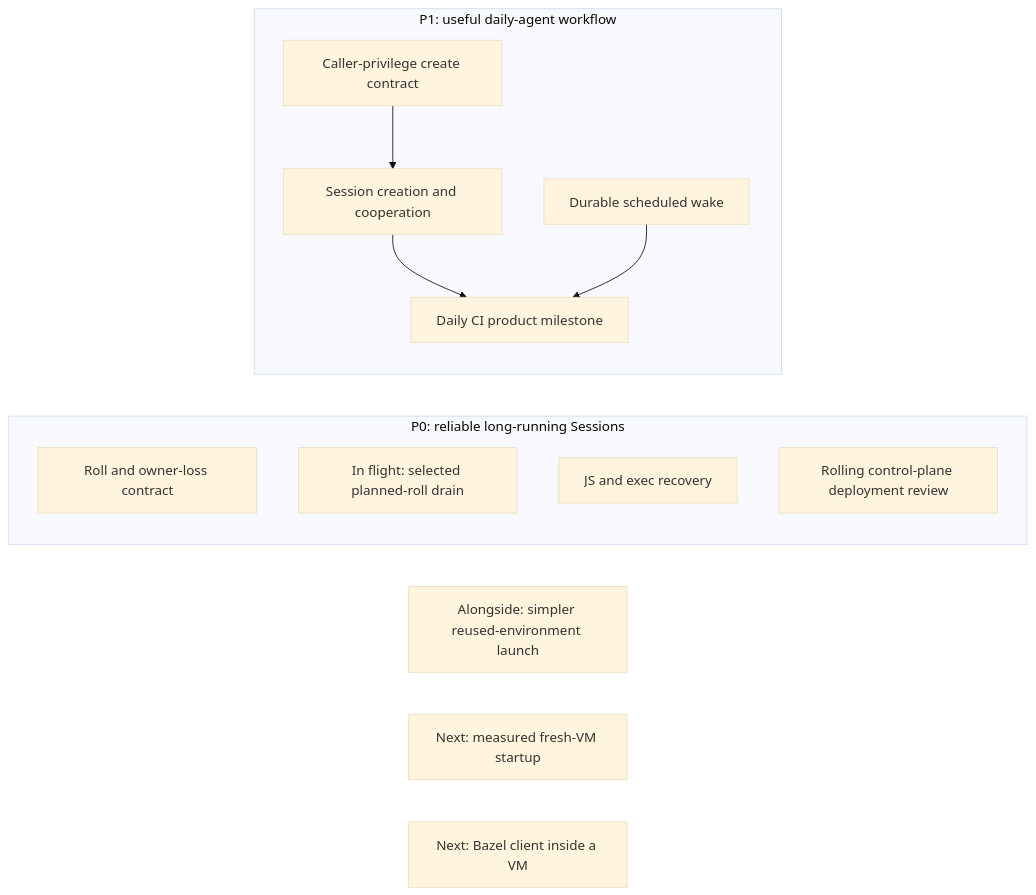
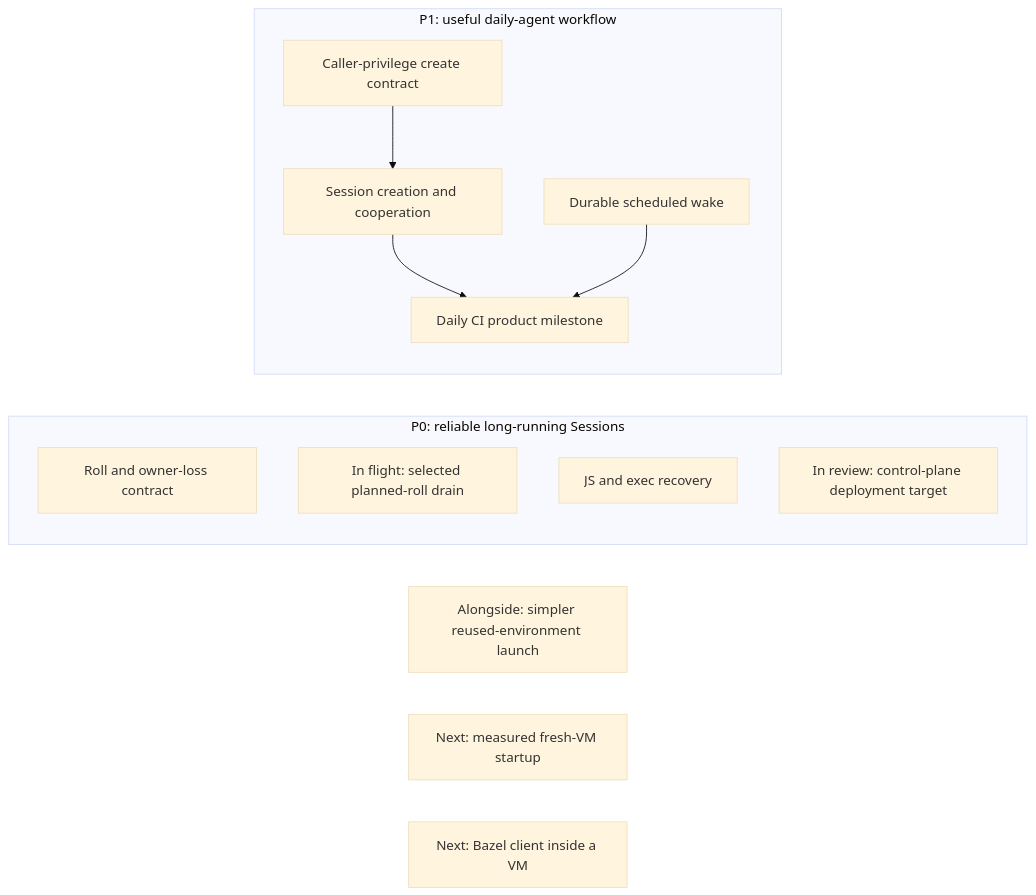
Before and after one commit to agentydragon/ducktape: the first of 18 diagrams in agentplane/plans/task_dag.md, drawn with Mermaid (base theme). The commit also changed other lines of this file and 14 other files, not shown here.

````diff
--- a/agentplane/plans/task_dag.md
+++ b/agentplane/plans/task_dag.md
@@ -144,17 +144,17 @@
 ```mermaid
 flowchart LR
     subgraph PRIORITY_ZERO[P0: reliable long-running Sessions]
         CENTRAL_SAMPLER_REPLICA_ROLLOUT[Roll and owner-loss contract]
         CENTRAL_SAMPLER_PLANNED_DRAIN[In flight: selected planned-roll drain]
         CENTRAL_SAMPLER_TOOL_RECOVERY[JS and exec recovery]
-        CONTROL_PLANE_ROLLING_SERVICES[Rolling control-plane deployment review]
+        CONTROL_PLANE_ROLLING_SERVICES[In review: control-plane deployment target]
     end
     subgraph PRIORITY_ONE[P1: useful daily-agent workflow]
         THREAD_CREATE_POLICY[Caller-privilege create contract] --> THREAD_CREATE_AUTHORIZATION[Session creation and cooperation]
         THREAD_CREATE_AUTHORIZATION --> DAILY_CI_AGENT[Daily CI product milestone]
         SCHEDULED_AGENT_WAKE[Durable scheduled wake] --> DAILY_CI_AGENT
     end
     SESSION_LAUNCH_FRICTION[Alongside: simpler reused-environment launch]
     VM_STARTUP_LATENCY[Next: measured fresh-VM startup]
     LOCAL_BAZEL[Next: Bazel client inside a VM]
 ```
````
